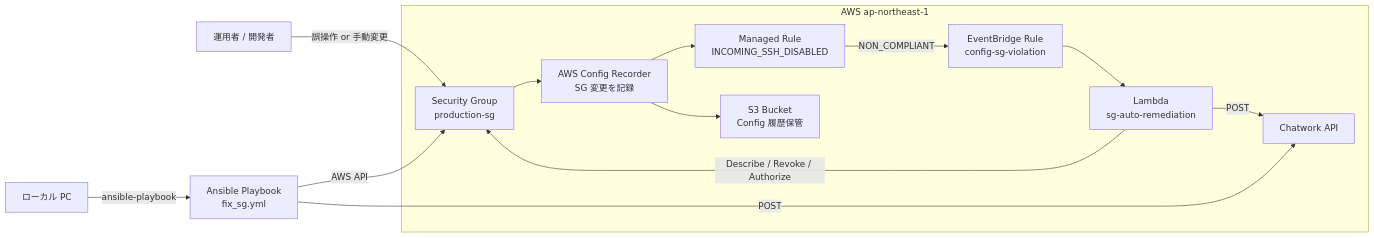
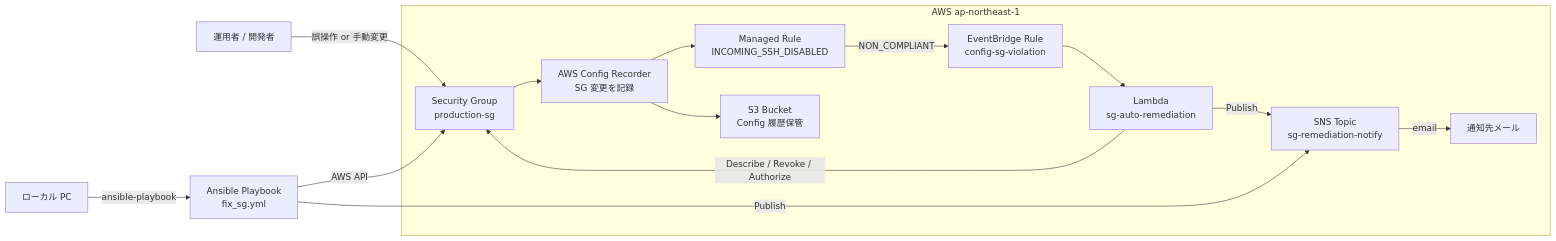
One commit to tk-21/terraform-lab changed the first of 4 diagrams in self-healing-infra/ARCHITECTURE.md. Above: the diagram before and after it, drawn with Mermaid. The commit also changed other lines of this file and 8 other files, not shown here.

````diff
--- a/self-healing-infra/ARCHITECTURE.md
+++ b/self-healing-infra/ARCHITECTURE.md
@@ -36,18 +36,19 @@
 ```mermaid
 flowchart LR
     User[運用者 / 開発者] -->|誤操作 or 手動変更| SG[Security Group<br/>production-sg]
 
     subgraph AWS["AWS ap-northeast-1"]
         SG --> ConfigRecorder[AWS Config Recorder<br/>SG 変更を記録]
         ConfigRecorder --> ConfigRule[Managed Rule<br/>INCOMING_SSH_DISABLED]
         ConfigRule -->|NON_COMPLIANT| EventBridge[EventBridge Rule<br/>config-sg-violation]
         EventBridge --> Lambda[Lambda<br/>sg-auto-remediation]
         Lambda -->|Describe / Revoke / Authorize| SG
-        Lambda -->|POST| Chatwork[Chatwork API]
+        Lambda -->|Publish| SNS[SNS Topic<br/>sg-remediation-notify]
+        SNS -->|email| Mail[通知先メール]
         ConfigRecorder --> S3[S3 Bucket<br/>Config 履歴保管]
     end
 
     Local[ローカル PC] -->|ansible-playbook| Ansible[Ansible Playbook<br/>fix_sg.yml]
     Ansible -->|AWS API| SG
-    Ansible -->|POST| Chatwork
+    Ansible -->|Publish| SNS
 ```
````
